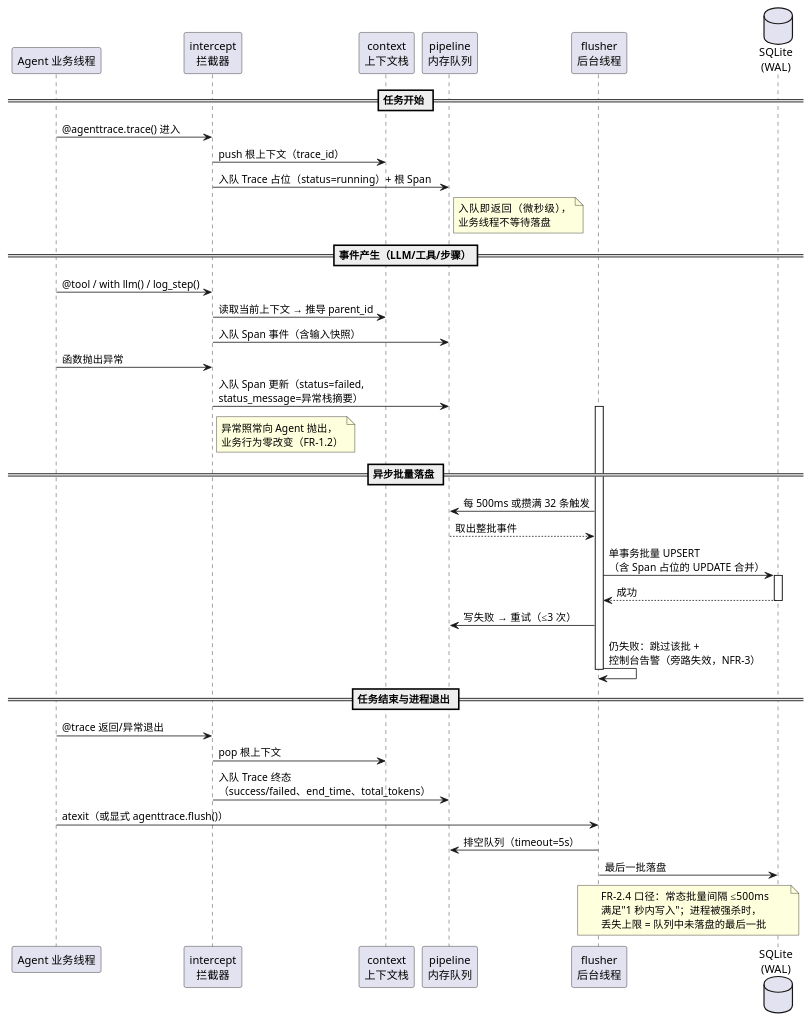
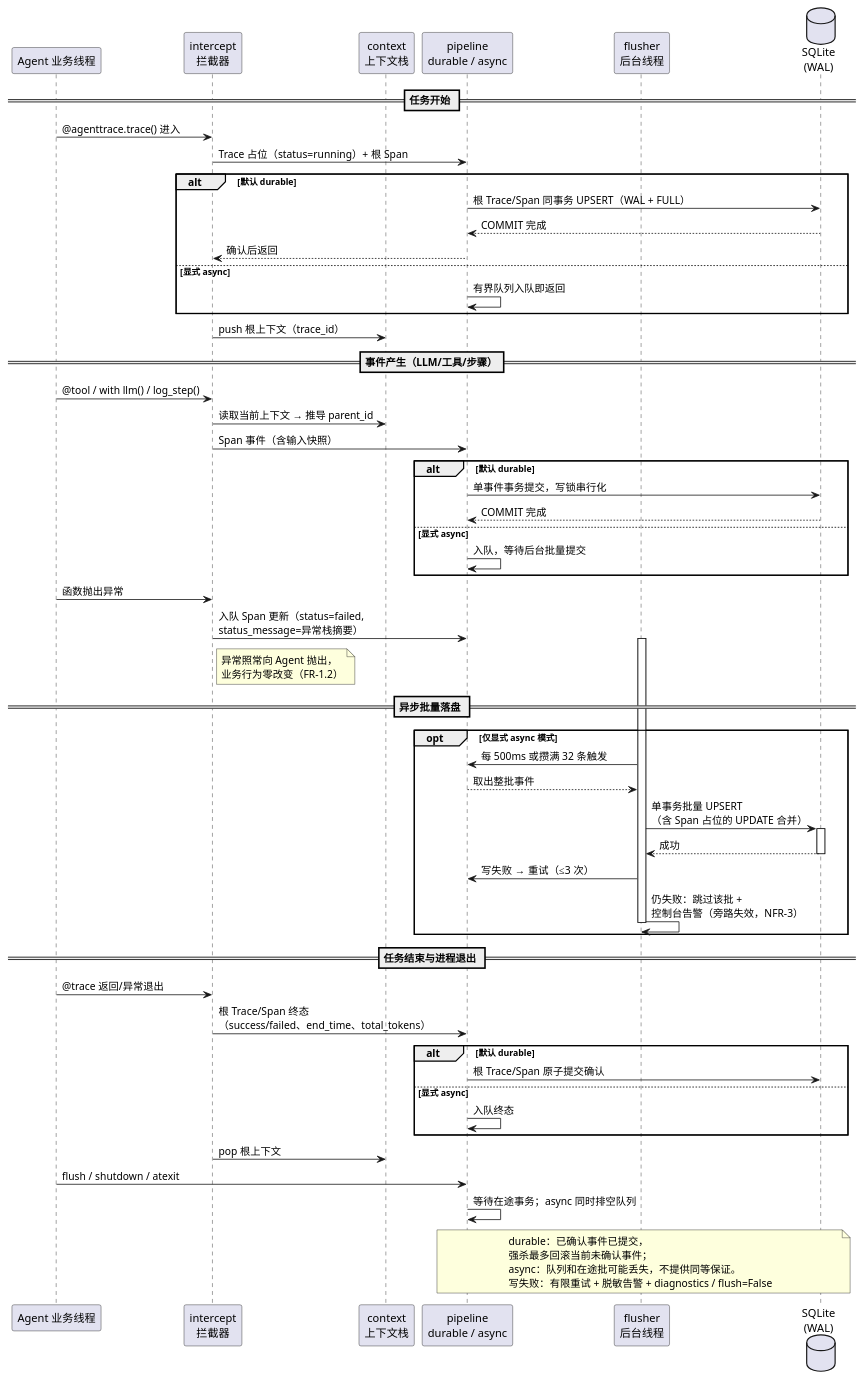
One commit to ch6639/agenttrace changed the diagram in models/sequence-ingestion.puml. Above: the diagram before and after it, drawn with PlantUML. The commit also changed 74 other files, not shown here.

```diff
--- a/models/sequence-ingestion.puml
+++ b/models/sequence-ingestion.puml
@@ -1,47 +1,65 @@
 @startuml 时序图-摄入管线
 ' M1 定稿（2026-09-17）：UC-01 记录 Agent 运行（FR-2.3/2.4，NFR-3）
 ' 借鉴 Langfuse"异步批量摄入"机制的单机等价物（AT-DES-000 决策 #5/#7）
 
 participant "Agent 业务线程" as App
 participant "intercept\n拦截器" as Icp
 participant "context\n上下文栈" as Ctx
-participant "pipeline\n内存队列" as Q
+participant "pipeline\ndurable / async" as Q
 participant "flusher\n后台线程" as F
 database "SQLite\n(WAL)" as DB
 
 == 任务开始 ==
 App -> Icp : @agenttrace.trace() 进入
+Icp -> Q : Trace 占位（status=running）+ 根 Span
+alt 默认 durable
+  Q -> DB : 根 Trace/Span 同事务 UPSERT（WAL + FULL）
+  DB --> Q : COMMIT 完成
+  Q --> Icp : 确认后返回
+else 显式 async
+  Q -> Q : 有界队列入队即返回
+end
 Icp -> Ctx : push 根上下文（trace_id）
-Icp -> Q : 入队 Trace 占位（status=running）+ 根 Span
-note right of Q : 入队即返回（微秒级），\n业务线程不等待落盘
 
 == 事件产生（LLM/工具/步骤）==
 App -> Icp : @tool / with llm() / log_step()
 Icp -> Ctx : 读取当前上下文 → 推导 parent_id
-Icp -> Q : 入队 Span 事件（含输入快照）
+Icp -> Q : Span 事件（含输入快照）
+alt 默认 durable
+  Q -> DB : 单事件事务提交，写锁串行化
+  DB --> Q : COMMIT 完成
+else 显式 async
+  Q -> Q : 入队，等待后台批量提交
+end
 
 App -> Icp : 函数抛出异常
 Icp -> Q : 入队 Span 更新（status=failed,\nstatus_message=异常栈摘要）
 note right of Icp : 异常照常向 Agent 抛出，\n业务行为零改变（FR-1.2）
 
 == 异步批量落盘 ==
+opt 仅显式 async 模式
 activate F
 F -> Q : 每 500ms 或攒满 32 条触发
 Q --> F : 取出整批事件
 F -> DB : 单事务批量 UPSERT\n（含 Span 占位的 UPDATE 合并）
 activate DB
 DB --> F : 成功
 deactivate DB
 F -> Q : 写失败 → 重试（≤3 次）
 F -> F : 仍失败：跳过该批 +\n控制台告警（旁路失效，NFR-3）
 deactivate F
+end
 
 == 任务结束与进程退出 ==
 App -> Icp : @trace 返回/异常退出
+Icp -> Q : 根 Trace/Span 终态\n（success/failed、end_time、total_tokens）
+alt 默认 durable
+  Q -> DB : 根 Trace/Span 原子提交确认
+else 显式 async
+  Q -> Q : 入队终态
+end
 Icp -> Ctx : pop 根上下文
-Icp -> Q : 入队 Trace 终态\n（success/failed、end_time、total_tokens）
-App -> F : atexit（或显式 agenttrace.flush()）
-F -> Q : 排空队列（timeout=5s）
-F -> DB : 最后一批落盘
-note over F, DB : FR-2.4 口径：常态批量间隔 ≤500ms\n满足"1 秒内写入"；进程被强杀时，\n丢失上限 = 队列中未落盘的最后一批
+App -> Q : flush / shutdown / atexit
+Q -> Q : 等待在途事务；async 同时排空队列
+note over Q, DB : durable：已确认事件已提交，\n强杀最多回滚当前未确认事件；\nasync：队列和在途批可能丢失，不提供同等保证。\n写失败：有限重试 + 脱敏告警 + diagnostics / flush=False
 @enduml
```
